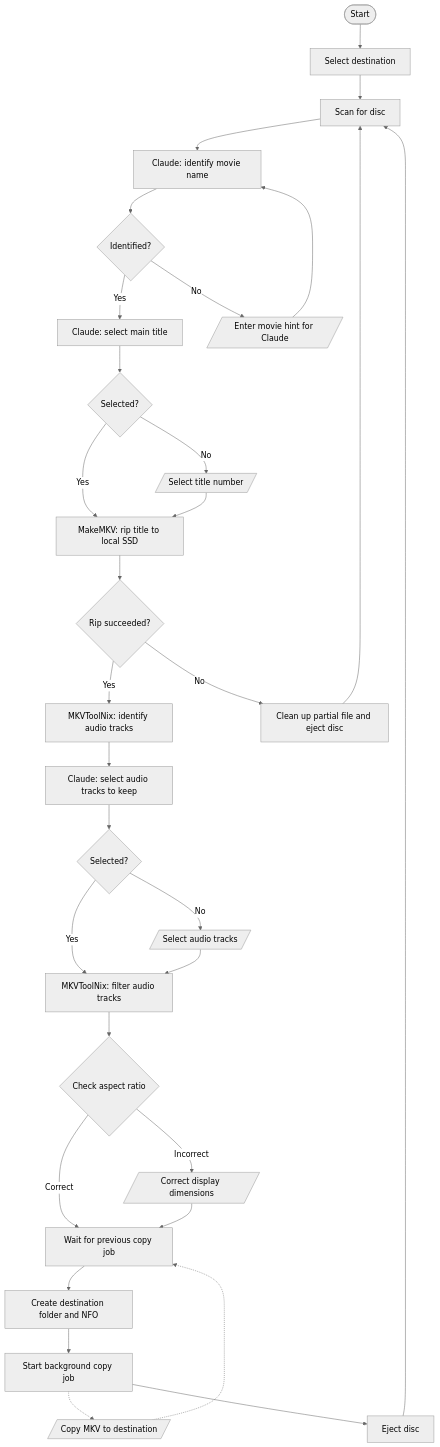
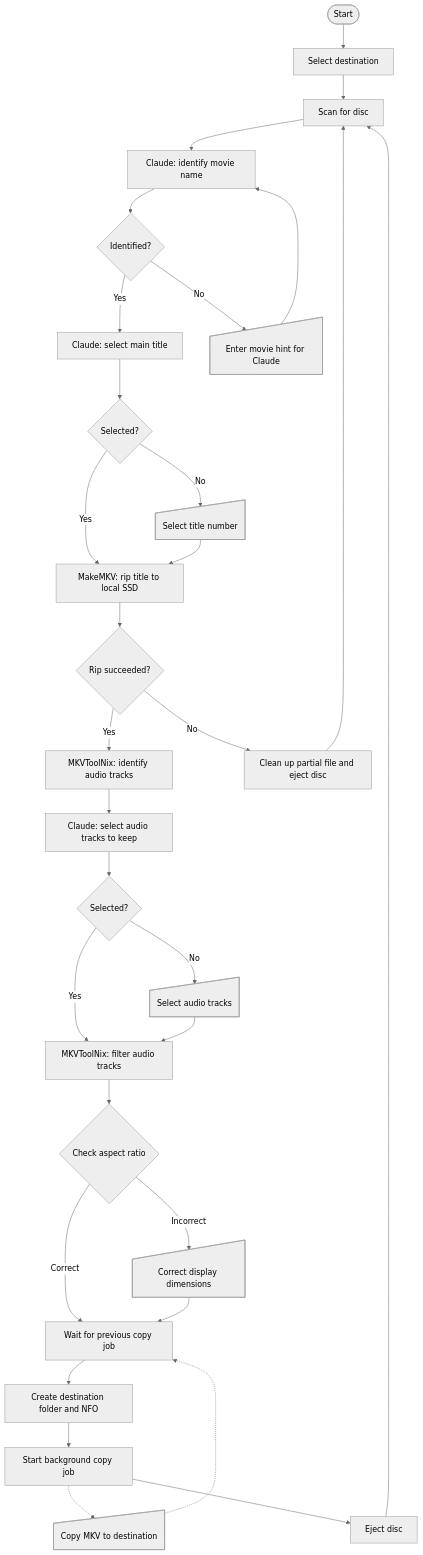
The diagram in README.md (MrLogic85/Make-MKV-auto-tip-using-Claude-API), drawn with Mermaid (neutral theme) before and after one commit.

Commit message:
doc: Change shape of manual input

````diff
--- a/README.md
+++ b/README.md
@@ -65,40 +65,40 @@
 ```mermaid
 flowchart TD
     A([Start]) --> B
     B[Select destination] --> C
     C[Scan for disc] --> F
     F[Claude: identify movie name] --> F2
     F2{Identified?}
     F2 -- Yes --> G
     F2 -- No --> F3
-    F3[/Enter movie hint for Claude/] --> F
+    F3@{ shape: sloped-rectangle, label: "Enter movie hint for Claude" } --> F
     G[Claude: select main title] --> G2
     G2{Selected?}
     G2 -- Yes --> H
     G2 -- No --> G3
-    G3[/Select title number/] --> H
+    G3@{ shape: sloped-rectangle, label: "Select title number" } --> H
     H[MakeMKV: rip title to local SSD] --> H2
     H2{Rip succeeded?}
     H2 -- Yes --> I
     H2 -- No --> H3
     H3[Clean up partial file and eject disc] --> C
     I[MKVToolNix: identify audio tracks]
     I --> J
     J[Claude: select audio tracks to keep] --> J2
 	J2{Selected?}
     J2 -- Yes --> K
     J2 -- No --> J3
-    J3[/Select audio tracks/] --> K
+    J3@{ shape: sloped-rectangle, label: "Select audio tracks" } --> K
     K[MKVToolNix: filter audio tracks]
     K --> L
 	L{Check aspect ratio}
     L -- Correct --> N
     L -- Incorrect --> M
-    M[/Correct display dimensions/] --> N
+    M@{ shape: sloped-rectangle, label: "Correct display dimensions" } --> N
     N[Wait for previous copy job] --> O
     O[Create destination folder and NFO] --> P
     P[Start background copy job] .-> S
     P --> Q
-	S[/Copy MKV to destination/] .-> N
+	S@{ shape: sloped-rectangle, label: "Copy MKV to destination" } .-> N
     Q[Eject disc] --> C
 ```
````
